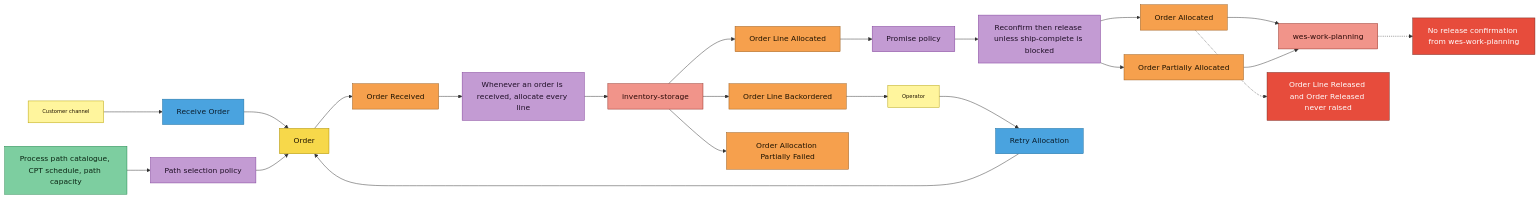
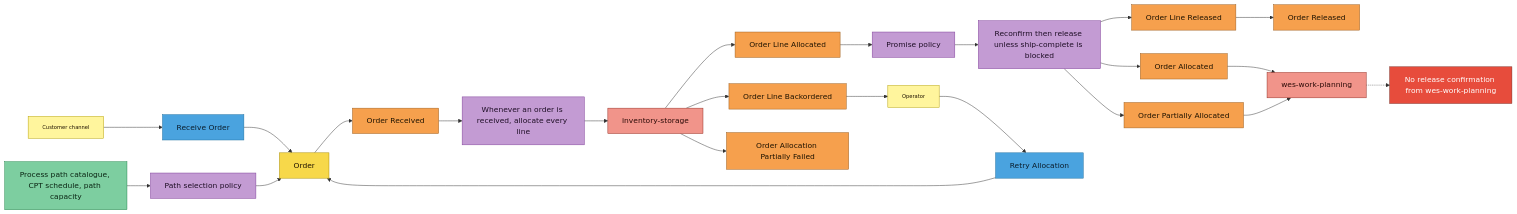
Before and after one commit to IQVO/warehouse-docs: the second of 4 diagrams in docs/contexts/order-management/eventstorming.md, drawn with Mermaid. The commit also changed other lines of this file and 107 other files, not shown here.

````diff
--- a/docs/contexts/order-management/eventstorming.md
+++ b/docs/contexts/order-management/eventstorming.md
@@ -52,49 +52,51 @@
 ```mermaid
 flowchart LR
   CUS["Customer channel"]:::actor
   CAT["Process path catalogue, CPT schedule, path capacity"]:::readmodel
   RO["Receive Order"]:::command
   PS["Path selection policy"]:::policy
   O1["Order"]:::aggregate
   E1["Order Received"]:::event
   INV["inventory-storage"]:::external
   P1["Whenever an order is received, allocate every line"]:::policy
   E2["Order Line Allocated"]:::event
   E3["Order Line Backordered"]:::event
   E4["Order Allocation Partially Failed"]:::event
   PP["Promise policy"]:::policy
   P2["Reconfirm then release unless ship-complete is blocked"]:::policy
   E5["Order Allocated"]:::event
   E6["Order Partially Allocated"]:::event
+  E7["Order Line Released"]:::event
+  E8["Order Released"]:::event
   WP["wes-work-planning"]:::external
   OP["Operator"]:::actor
   RA["Retry Allocation"]:::command
-  H1["Order Line Released and Order Released never raised"]:::hotspot
   H2["No release confirmation from wes-work-planning"]:::hotspot
 
   CUS --> RO --> O1
   CAT --> PS --> O1
   O1 --> E1 --> P1
   P1 --> INV
   INV --> E2
   INV --> E3
   INV --> E4
   E2 --> PP
   PP --> P2
   P2 --> E5
   P2 --> E6
+  P2 --> E7
+  E7 --> E8
   E5 --> WP
   E6 --> WP
   E3 --> OP --> RA --> O1
-  E5 -.-> H1
   WP -.-> H2
 
   classDef actor fill:#fff59d,stroke:#b59f00,color:#1f1300,font-size:11px;
   classDef command fill:#4aa3df,stroke:#1f6f9f,color:#0b1e2d;
   classDef aggregate fill:#f7d84a,stroke:#a68b00,color:#1f1300;
   classDef event fill:#f6a04d,stroke:#9a5b1c,color:#1f1300;
   classDef policy fill:#c39bd3,stroke:#7d3c98,color:#1f0f26;
   classDef readmodel fill:#7dcea0,stroke:#1e8449,color:#0b2614;
   classDef external fill:#f1948a,stroke:#922b21,color:#2b0a07;
   classDef hotspot fill:#e74c3c,stroke:#78281f,color:#ffffff;
 ```
````
